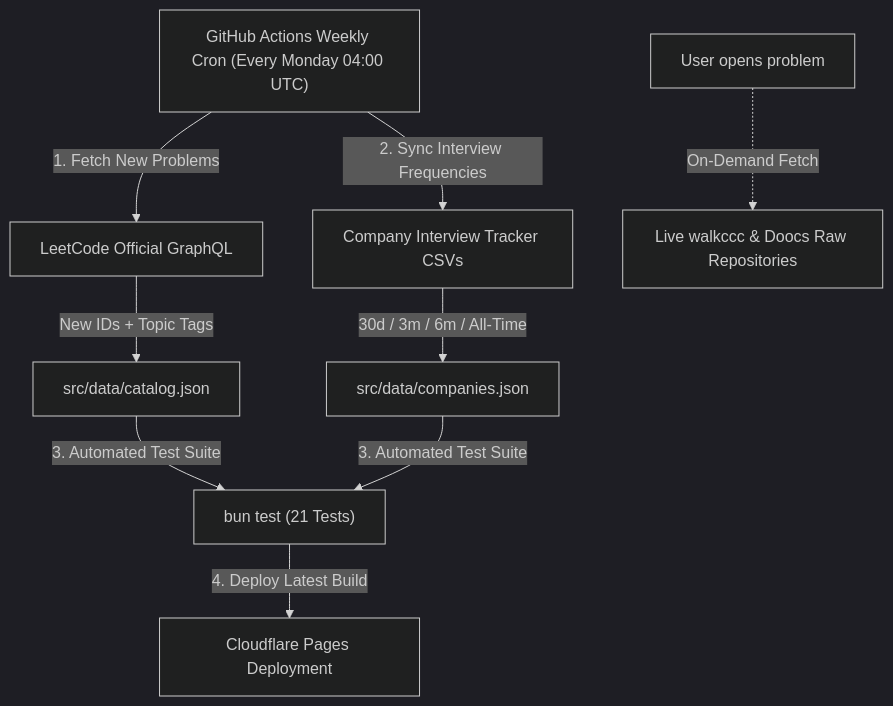
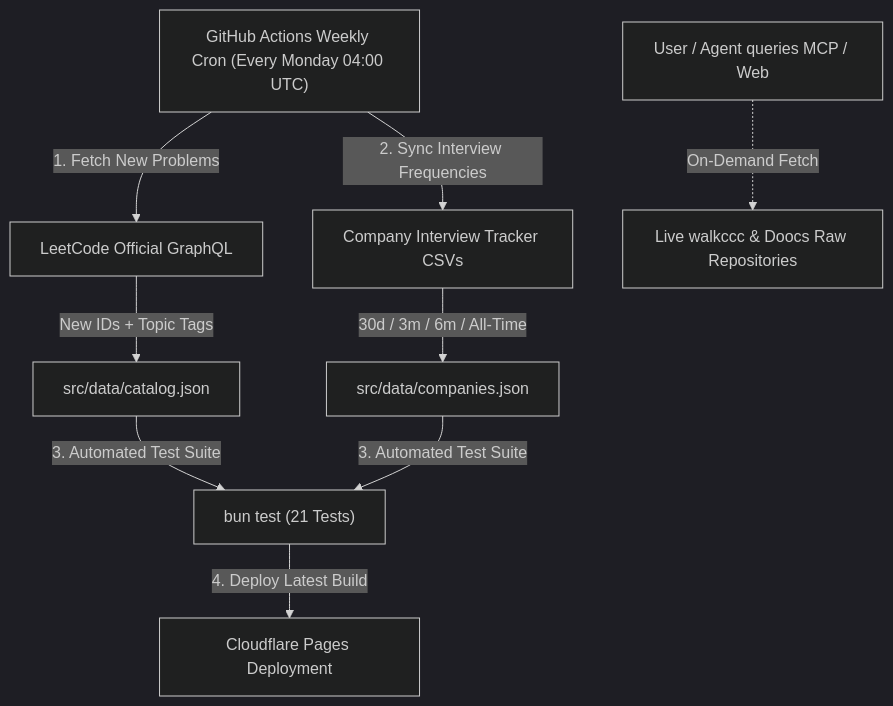
The first of 2 diagrams in README.md (dev-ansung/leetbank), drawn with Mermaid (dark theme) before and after one commit. The commit also changed other lines of this file and 3 other files, not shown here.

````diff
--- a/README.md
+++ b/README.md
@@ -58,15 +91,15 @@
 ```mermaid
 flowchart TD
     Cron["GitHub Actions Weekly Cron (Every Monday 04:00 UTC)"] -->|"1. Fetch New Problems"| LC_GQL["LeetCode Official GraphQL"]
     Cron -->|"2. Sync Interview Frequencies"| Comp_Tracker["Company Interview Tracker CSVs"]
     
     LC_GQL -->|"New IDs + Topic Tags"| CatalogJSON["src/data/catalog.json"]
     Comp_Tracker -->|"30d / 3m / 6m / All-Time"| CompJSON["src/data/companies.json"]
     
     CatalogJSON -->|"3. Automated Test Suite"| BunTest["bun test (21 Tests)"]
     CompJSON -->|"3. Automated Test Suite"| BunTest
     
     BunTest -->|"4. Deploy Latest Build"| CF_Pages["Cloudflare Pages Deployment"]
     
-    User["User opens problem"] -.->|"On-Demand Fetch"| LiveSol["Live walkccc & Doocs Raw Repositories"]
+    User["User / Agent queries MCP / Web"] -.->|"On-Demand Fetch"| LiveSol["Live walkccc & Doocs Raw Repositories"]
 ```
````
